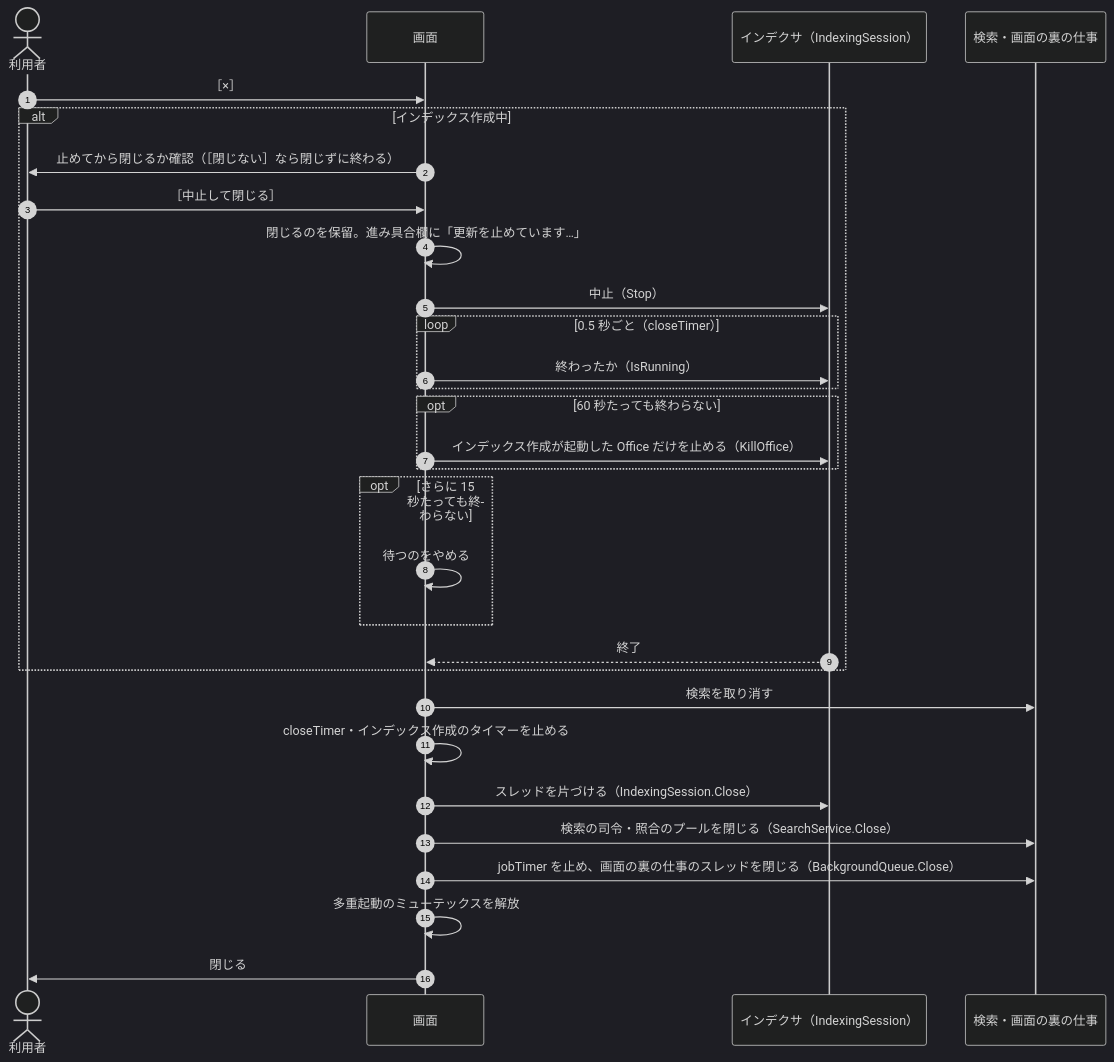
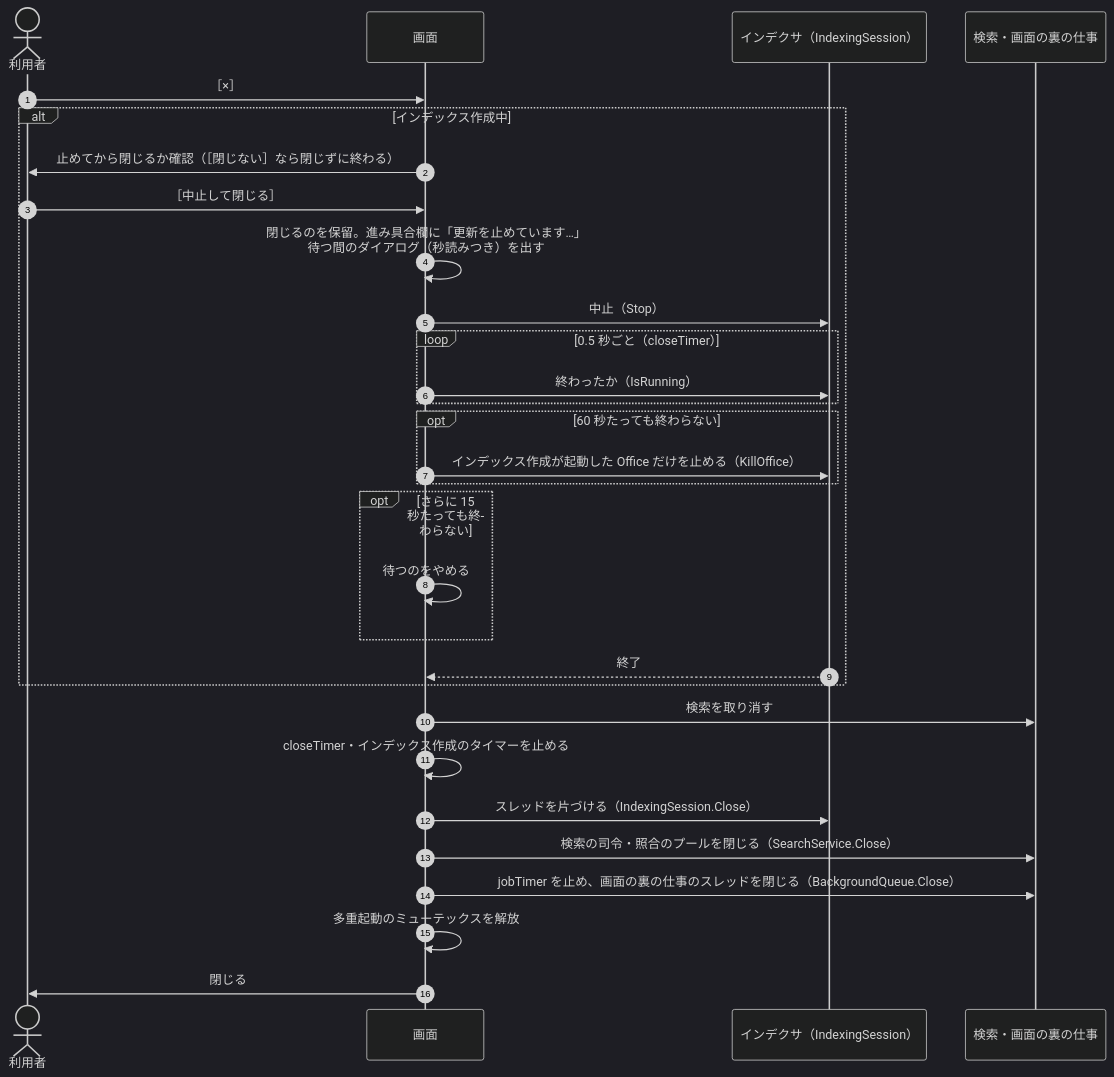
Before and after one commit to hsgwa/tebunko: the fifth of 5 diagrams in docs/design/gui/state-flow.md, drawn with Mermaid (dark theme). The commit also changed 10 other files, not shown here.

````diff
--- a/docs/design/gui/state-flow.md
+++ b/docs/design/gui/state-flow.md
@@ -164,33 +164,33 @@
 ```mermaid
 sequenceDiagram
     autonumber
     actor U as 利用者
     participant G as 画面
     participant P as インデクサ（IndexingSession）
     participant S as 検索・画面の裏の仕事
 
     U->>G: ［×］
     alt インデックス作成中
         G->>U: 止めてから閉じるか確認（［閉じない］なら閉じずに終わる）
         U->>G: ［中止して閉じる］
-        G->>G: 閉じるのを保留。進み具合欄に「更新を止めています…」
+        G->>G: 閉じるのを保留。進み具合欄に「更新を止めています…」<br>待つ間のダイアログ（秒読みつき）を出す
         G->>P: 中止（Stop）
         loop 0.5 秒ごと（closeTimer）
             G->>P: 終わったか（IsRunning）
         end
         opt 60 秒たっても終わらない
             G->>P: インデックス作成が起動した Office だけを止める（KillOffice）
         end
         opt さらに 15 秒たっても終わらない
             G->>G: 待つのをやめる
         end
         P-->>G: 終了
     end
     G->>S: 検索を取り消す
     G->>G: closeTimer・インデックス作成のタイマーを止める
     G->>P: スレッドを片づける（IndexingSession.Close）
     G->>S: 検索の司令・照合のプールを閉じる（SearchService.Close）
     G->>S: jobTimer を止め、画面の裏の仕事のスレッドを閉じる（BackgroundQueue.Close）
     G->>G: 多重起動のミューテックスを解放
     G->>U: 閉じる
 ```
````
